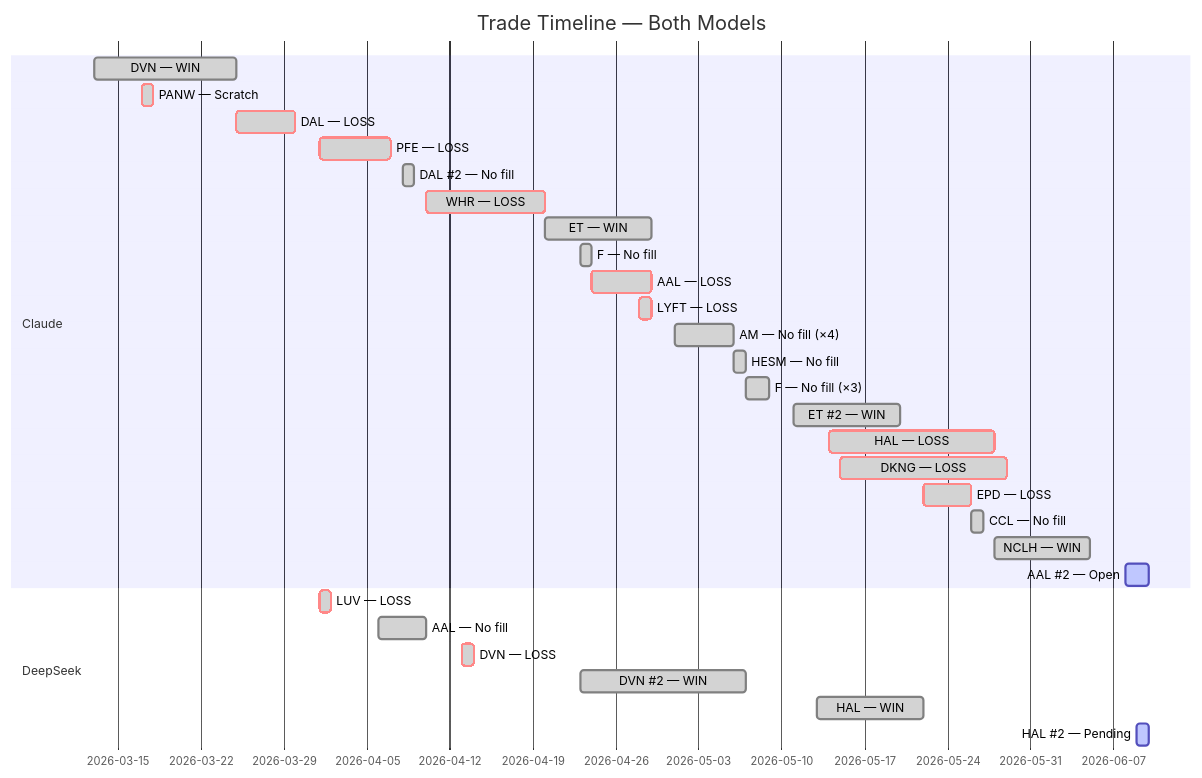
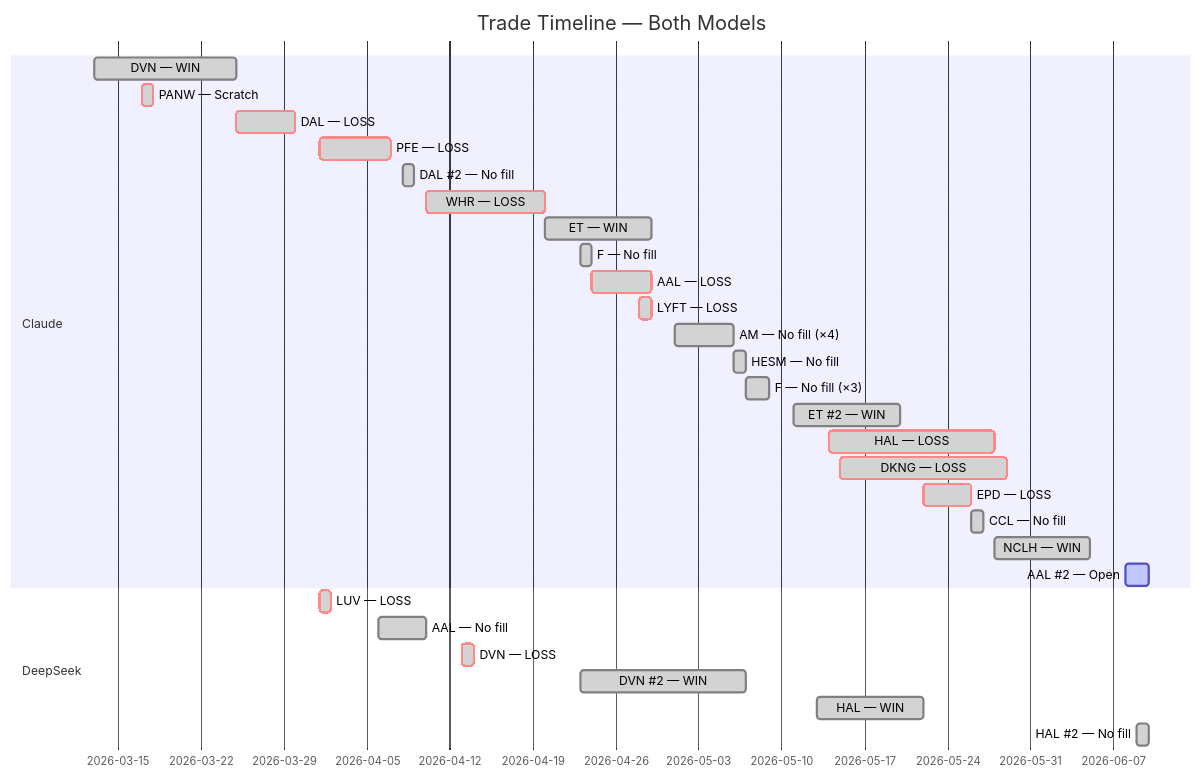
Before and after one commit to zachisit/ai-auto-buy-thesis: the fifth of 5 diagrams in README.md, drawn with Mermaid. The commit also changed other lines of this file and 2 other files, not shown here.

Commit message:
Update README and add session logs for 6/10 — AAL Day 3 +$14.60 unrealized, hit $14.38 high on 149.98M volume (highest in dataset) in Trump deal window; DeepSeek HAL buy stop expired unfilled (6/9 bar 36%/64% sell, high $40.67 never reached $41.85 trigger)

````diff
--- a/README.md
+++ b/README.md
@@ -63,33 +63,33 @@
 ```mermaid
 gantt
     title Trade Timeline — Both Models
     dateFormat YYYY-MM-DD
     section Claude
     DVN — WIN            :done,    2026-03-13, 2026-03-25
     PANW — Scratch       :crit, done, 2026-03-17, 2026-03-18
     DAL — LOSS           :crit, done, 2026-03-25, 2026-03-30
     PFE — LOSS           :crit, done, 2026-04-01, 2026-04-07
     DAL #2 — No fill     :done,    2026-04-08, 2026-04-09
     WHR — LOSS           :crit, done, 2026-04-10, 2026-04-20
     ET — WIN             :done,    2026-04-20, 2026-04-29
     F — No fill          :done,    2026-04-23, 2026-04-24
     AAL — LOSS           :crit, done, 2026-04-24, 2026-04-29
     LYFT — LOSS          :crit, done, 2026-04-28, 2026-04-29
     AM — No fill (×4)    :done,    2026-05-01, 2026-05-06
     HESM — No fill       :done,    2026-05-06, 2026-05-07
     F — No fill (×3)     :done,    2026-05-07, 2026-05-09
     ET #2 — WIN          :done,    2026-05-11, 2026-05-20
     HAL — LOSS           :crit, done, 2026-05-14, 2026-05-28
     DKNG — LOSS          :crit, done, 2026-05-15, 2026-05-29
     EPD — LOSS           :crit, done, 2026-05-22, 2026-05-26
     CCL — No fill        :done,    2026-05-26, 2026-05-27
     NCLH — WIN           :done,    2026-05-28, 2026-06-05
     AAL #2 — Open        :active,  2026-06-08, 2026-06-10
     section DeepSeek
     LUV — LOSS           :crit, done, 2026-04-01, 2026-04-02
     AAL — No fill        :done,    2026-04-06, 2026-04-10
     DVN — LOSS           :crit, done, 2026-04-13, 2026-04-14
     DVN #2 — WIN         :done,    2026-04-23, 2026-05-07
     HAL — WIN            :done,    2026-05-13, 2026-05-22
-    HAL #2 — Pending     :active,  2026-06-09, 2026-06-10
+    HAL #2 — No fill    :done,    2026-06-09, 2026-06-10
 ```
````
